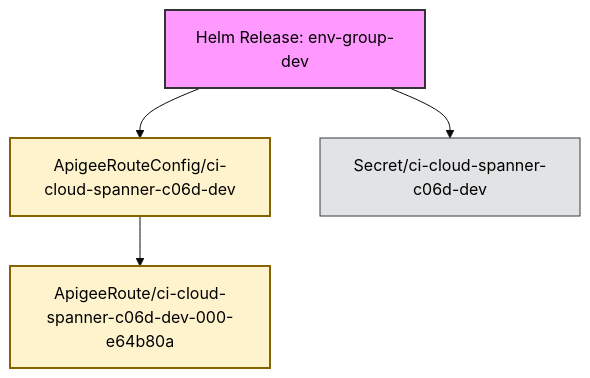
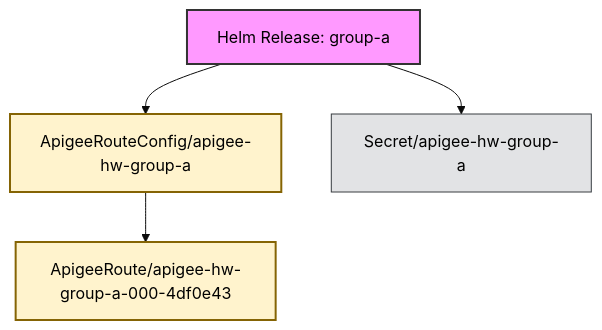
One commit to anaik91/apigee-hybrid-relationship-builder changed the diagram in generated/apigee-virtualhost-1.15.0-deep-all.md. Above: the diagram before and after it, drawn with Mermaid (base theme). The commit also changed other lines of this file and 51 other files, not shown here.

````diff
--- a/generated/apigee-virtualhost-1.15.0-deep-all.md
+++ b/generated/apigee-virtualhost-1.15.0-deep-all.md
@@ -12,26 +12,26 @@
 ```mermaid
 graph TD;
     classDef helm fill:#f9f,stroke:#333,stroke-width:2px,color:#000
     classDef workload fill:#cce5ff,stroke:#004085,stroke-width:1px,color:#000
     classDef network fill:#d4edda,stroke:#155724,stroke-width:1px,color:#000
     classDef config fill:#e2e3e5,stroke:#383d41,stroke-width:1px,color:#000
     classDef rbac fill:#f8d7da,stroke:#721c24,stroke-width:1px,color:#000
     classDef apigee_crd fill:#fff3cd,stroke:#856404,stroke-width:2px,color:#000
     classDef cert_manager_crd fill:#d1ecf1,stroke:#0c5460,stroke-width:2px,color:#000
     classDef webhook fill:#ddd,stroke:#333,stroke-width:2px,color:#000
     classDef default fill:#fff,stroke:#333,stroke-width:1px,color:#000
 
-    ApigeeRouteConfigcicloudspannerc06ddev["ApigeeRouteConfig/ci-cloud-spanner-c06d-dev"]
-    ApigeeRoutecicloudspannerc06ddev000e64b80a["ApigeeRoute/ci-cloud-spanner-c06d-dev-000-e64b80a"]
-    HelmReleaseenvgroupdev["Helm Release: env-group-dev"]
-    Secretcicloudspannerc06ddev["Secret/ci-cloud-spanner-c06d-dev"]
+    ApigeeRouteConfigapigeehwgroupa["ApigeeRouteConfig/apigee-hw-group-a"]
+    ApigeeRouteapigeehwgroupa0004df0e43["ApigeeRoute/apigee-hw-group-a-000-4df0e43"]
+    HelmReleasegroupa["Helm Release: group-a"]
+    Secretapigeehwgroupa["Secret/apigee-hw-group-a"]
 
-    class ApigeeRouteConfigcicloudspannerc06ddev apigee_crd;
-    class ApigeeRoutecicloudspannerc06ddev000e64b80a apigee_crd;
-    class HelmReleaseenvgroupdev helm;
-    class Secretcicloudspannerc06ddev config;
+    class ApigeeRouteConfigapigeehwgroupa apigee_crd;
+    class ApigeeRouteapigeehwgroupa0004df0e43 apigee_crd;
+    class HelmReleasegroupa helm;
+    class Secretapigeehwgroupa config;
 
-    ApigeeRouteConfigcicloudspannerc06ddev --> ApigeeRoutecicloudspannerc06ddev000e64b80a
-    HelmReleaseenvgroupdev --> Secretcicloudspannerc06ddev
-    HelmReleaseenvgroupdev --> ApigeeRouteConfigcicloudspannerc06ddev
+    ApigeeRouteConfigapigeehwgroupa --> ApigeeRouteapigeehwgroupa0004df0e43
+    HelmReleasegroupa --> Secretapigeehwgroupa
+    HelmReleasegroupa --> ApigeeRouteConfigapigeehwgroupa
 ```
````
